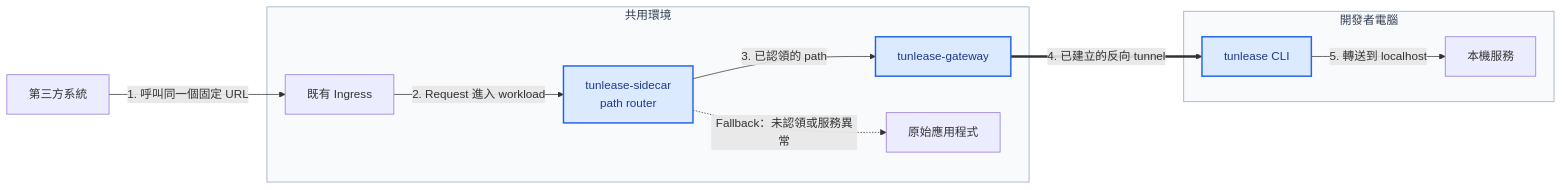
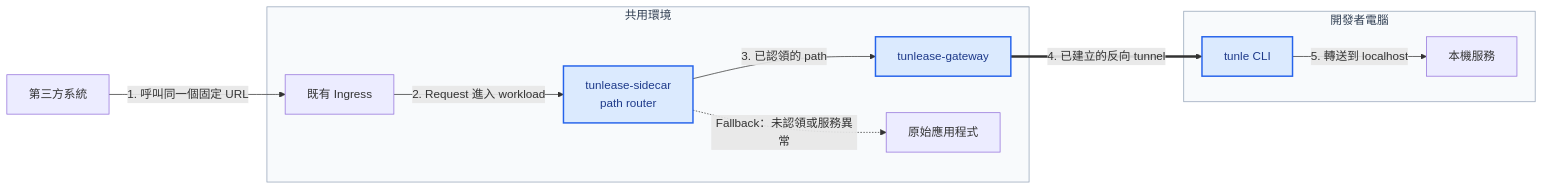
Before and after one commit to iml885203/tunlease: the diagram in README.zh-TW.md, drawn with Mermaid. The commit also changed other lines of this file and 19 other files, not shown here.

First line of the commit message:
feat: shorten CLI command to `tunle`; minimal bore-style demo

````diff
--- a/README.zh-TW.md
+++ b/README.zh-TW.md
@@ -11,21 +11,21 @@
 ```mermaid
 flowchart LR
     ThirdParty[第三方系統] -->|"1. 呼叫同一個固定 URL"| Ingress[既有 Ingress]
 
     subgraph Shared[共用環境]
         Ingress -->|"2. Request 進入 workload"| Sidecar[tunlease-sidecar<br/>path router]
         Sidecar -->|"3. 已認領的 path"| Gateway[tunlease-gateway]
         Sidecar -.->|"Fallback：未認領或服務異常"| App[原始應用程式]
     end
 
     subgraph Laptop[開發者電腦]
-        CLI[tunlease CLI] -->|"5. 轉送到 localhost"| Local[本機服務]
+        CLI[tunle CLI] -->|"5. 轉送到 localhost"| Local[本機服務]
     end
 
     Gateway ==>|"4. 已建立的反向 tunnel"| CLI
 
     classDef tunlease fill:#dbeafe,stroke:#2563eb,color:#1e3a8a,stroke-width:2px;
     class CLI,Sidecar,Gateway tunlease;
     style Shared fill:#f8fafc,stroke:#94a3b8,color:#334155
     style Laptop fill:#f8fafc,stroke:#94a3b8,color:#334155
 ```
````
